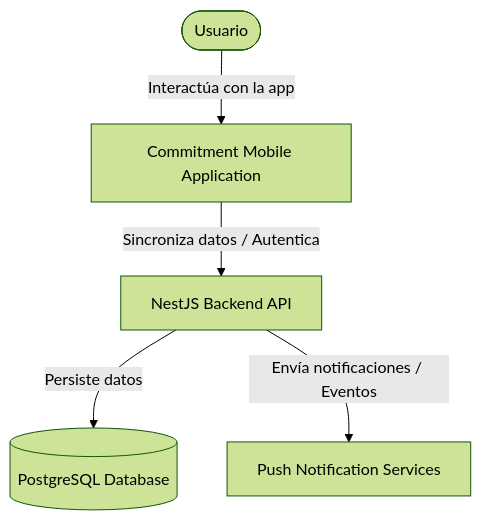
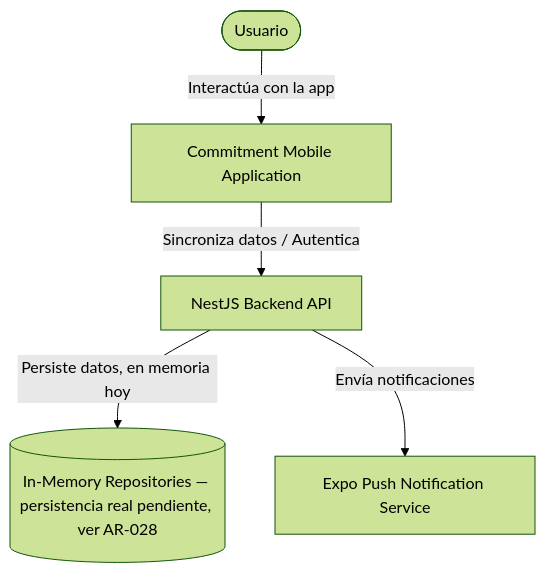
Before and after one commit to yerethmultimedia-star/commitment-v2: the first of 5 diagrams in docs/ARCHITECTURE_OVERVIEW.md, drawn with Mermaid (forest theme). The commit also changed other lines of this file and 32 other files, not shown here.

First line of the commit message:
docs(architecture): close AR-001, resolve ADR-004 vs NestJS platform governance

````diff
--- a/docs/ARCHITECTURE_OVERVIEW.md
+++ b/docs/ARCHITECTURE_OVERVIEW.md
@@ -11,7 +13,7 @@
 ```mermaid
 graph TD
     User([Usuario]) -->|Interactúa con la app| MobileApp[Commitment Mobile Application]
     MobileApp -->|Sincroniza datos / Autentica| BackendAPI[NestJS Backend API]
-    BackendAPI -->|Persiste datos| PostgreSQL[(PostgreSQL Database)]
-    BackendAPI -->|Envía notificaciones / Eventos| Firebase[Push Notification Services]
+    BackendAPI -->|Persiste datos, en memoria hoy| InMemoryStore[(In-Memory Repositories — persistencia real pendiente, ver AR-028)]
+    BackendAPI -->|Envía notificaciones| ExpoPush[Expo Push Notification Service]
 ```
````
